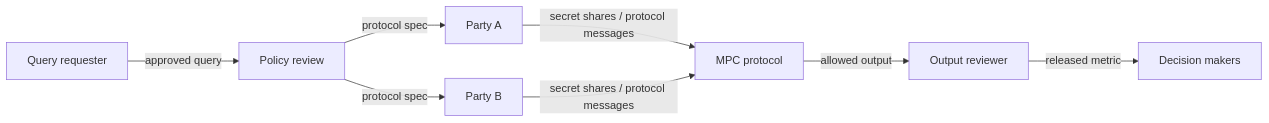
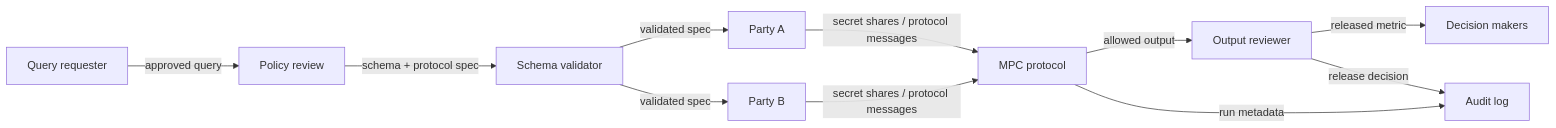
The diagram in docs/pet-architectures/mpc-analytics-pipeline.md (I-Love-PETs/i-love-pets.github.io), drawn with Mermaid before and after one commit. The commit also changed other lines of this file and 6 other files, not shown here.

Commit message:
Polish PET architecture reviews

````diff
--- a/docs/pet-architectures/mpc-analytics-pipeline.md
+++ b/docs/pet-architectures/mpc-analytics-pipeline.md
@@ -13,10 +13,13 @@
 ```mermaid
 flowchart LR
   Q[Query requester] -->|approved query| P[Policy review]
-  P -->|protocol spec| A[Party A]
-  P -->|protocol spec| B[Party B]
+  P -->|schema + protocol spec| V[Schema validator]
+  V -->|validated spec| A[Party A]
+  V -->|validated spec| B[Party B]
   A -->|secret shares / protocol messages| M[MPC protocol]
   B -->|secret shares / protocol messages| M
   M -->|allowed output| O[Output reviewer]
   O -->|released metric| U[Decision makers]
+  M -->|run metadata| L[Audit log]
+  O -->|release decision| L
 ```
````
